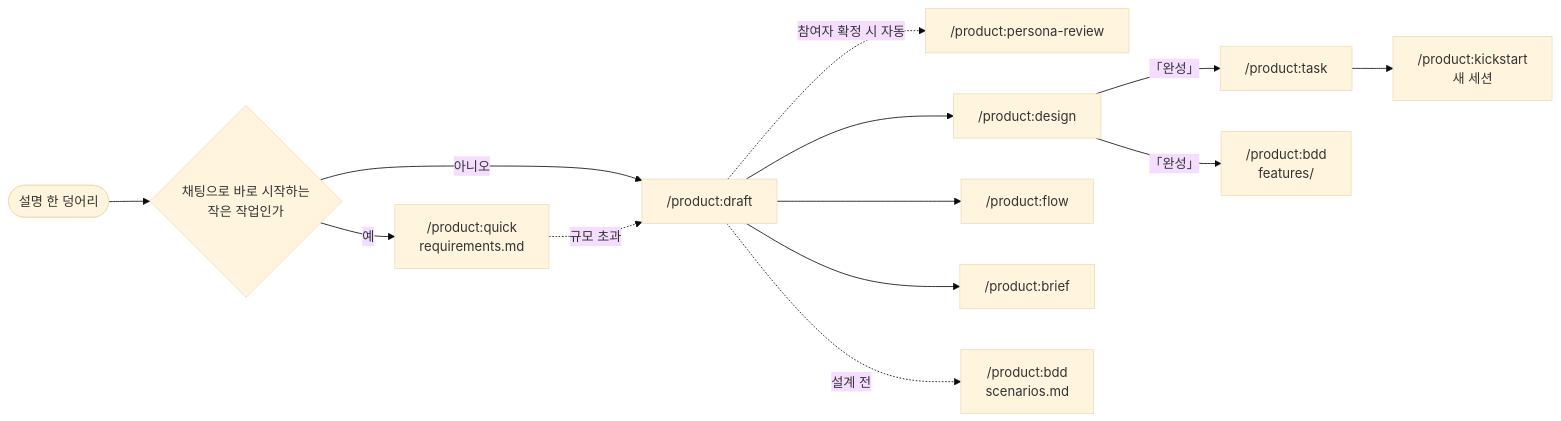
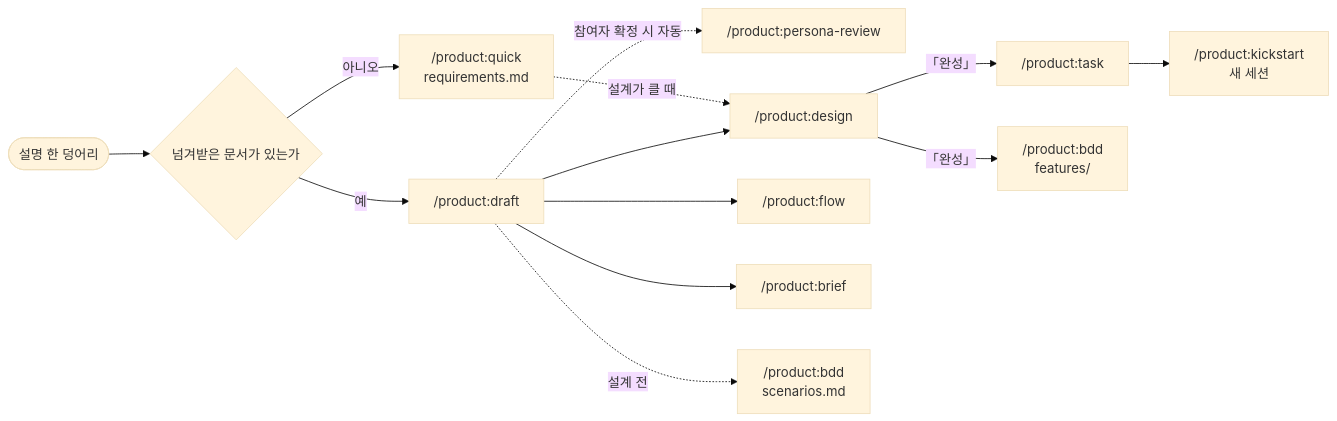
The diagram in plugins/product/WORKFLOW.md (dorage/product-skills), drawn with Mermaid (base theme) before and after one commit. The commit also changed other lines of this file and 9 other files, not shown here.

First line of the commit message:
feat(product):quick 크기 제한을 없애 채팅 시작이면 quick 으로

````diff
--- a/plugins/product/WORKFLOW.md
+++ b/plugins/product/WORKFLOW.md
@@ -12,15 +12,15 @@
 ```mermaid
 flowchart LR
-    start([설명 한 덩어리]) --> size{채팅으로 바로 시작하는<br/>작은 작업인가}
-    size -- 예 --> quick["/product:quick<br/>requirements.md"]
-    size -- 아니오 --> draft["/product:draft"]
+    start([설명 한 덩어리]) --> size{넘겨받은 문서가 있는가}
+    size -- 아니오 --> quick["/product:quick<br/>requirements.md"]
+    size -- 예 --> draft["/product:draft"]
     draft -. 참여자 확정 시 자동 .-> review["/product:persona-review"]
-    quick -. 규모 초과 .-> draft
+    quick -. 설계가 클 때 .-> design
     draft --> design["/product:design"]
     draft --> flow["/product:flow"]
     draft --> brief["/product:brief"]
     draft -. 설계 전 .-> bddp["/product:bdd<br/>scenarios.md"]
     design -- 「완성」 --> task["/product:task"]
     design -- 「완성」 --> bdd["/product:bdd<br/>features/"]
     task --> kick["/product:kickstart<br/>새 세션"]
 ```
````
